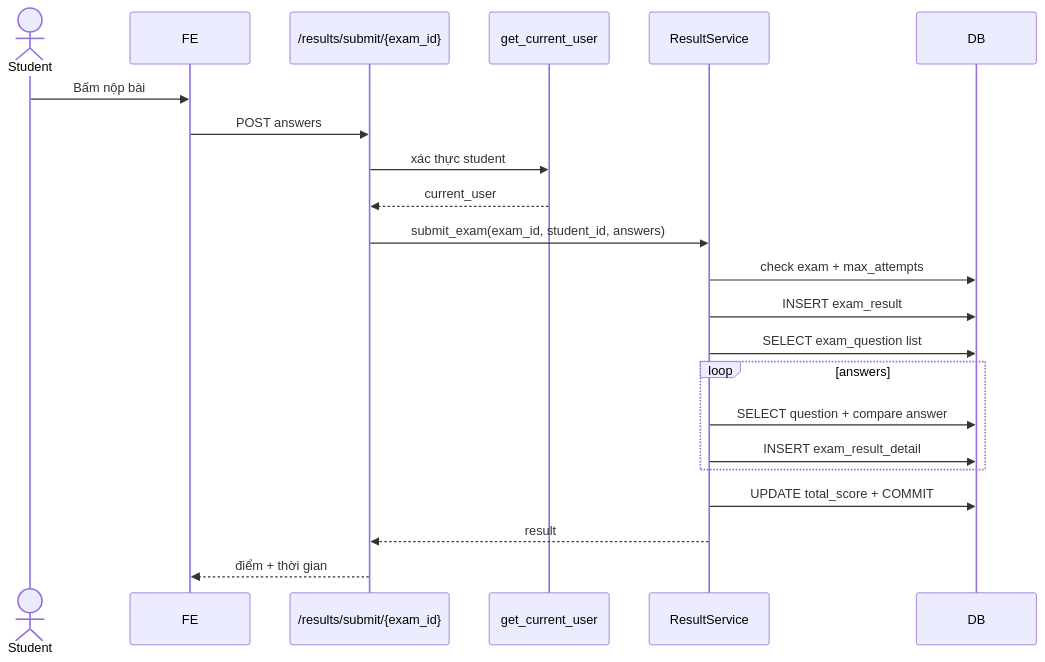
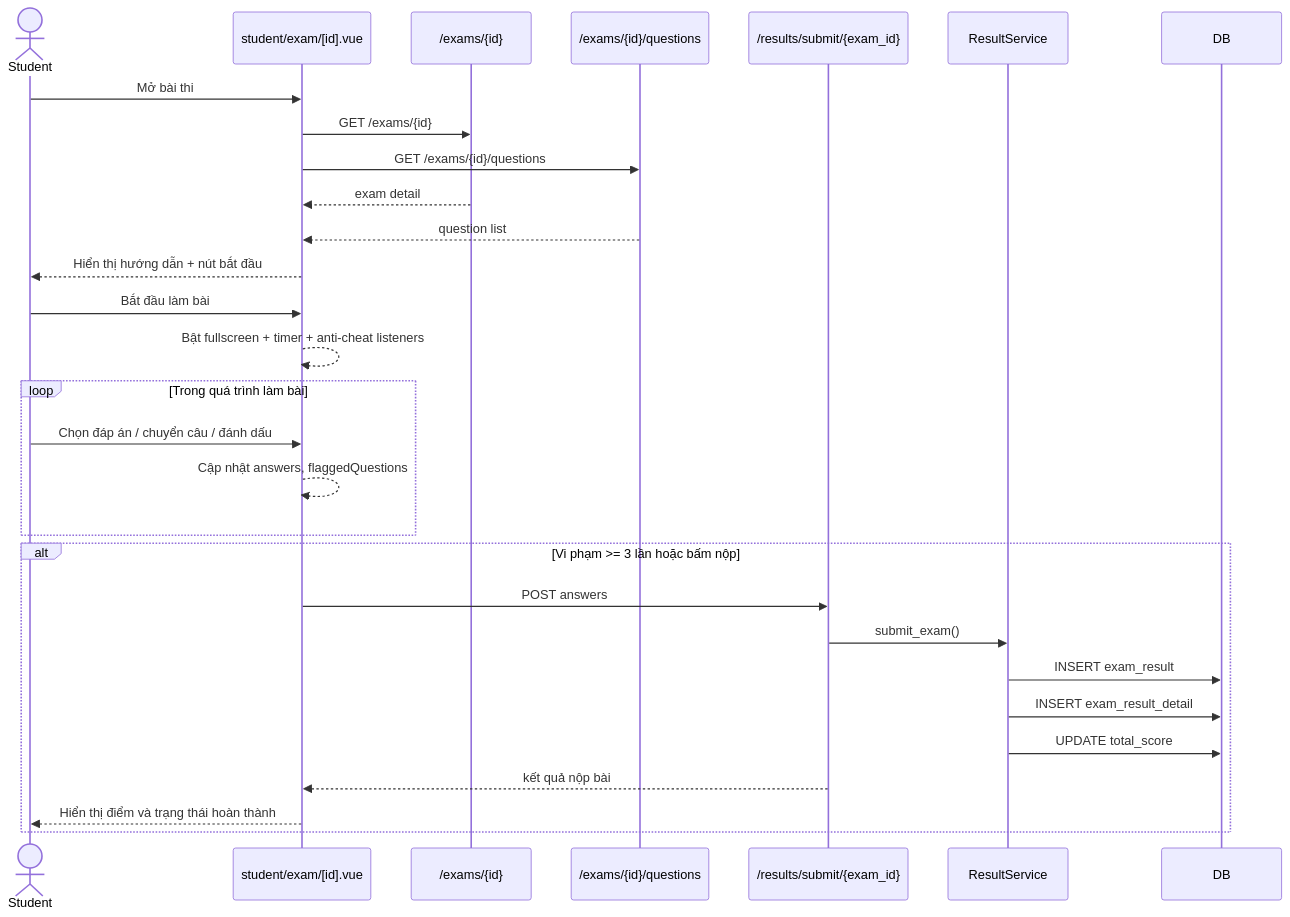
Before and after one commit to Tedomi2525/My_project: diagram 15 of 16 in docs/UML.md, drawn with Mermaid. The commit also changed other lines of this file, not shown here.

````diff
--- a/docs/UML.md
+++ b/docs/UML.md
@@ -490,25 +761,34 @@
 ```mermaid
 sequenceDiagram
 actor Student
-participant FE
+participant ExamPage as student/exam/[id].vue
+participant ExamAPI as /exams/{id}
+participant QuestionAPI as /exams/{id}/questions
 participant ResultAPI as /results/submit/{exam_id}
-participant Dep as get_current_user
 participant ResultService
 participant DB
 
-Student->>FE: Bấm nộp bài
-FE->>ResultAPI: POST answers
-ResultAPI->>Dep: xác thực student
-Dep-->>ResultAPI: current_user
-ResultAPI->>ResultService: submit_exam(exam_id, student_id, answers)
-ResultService->>DB: check exam + max_attempts
-ResultService->>DB: INSERT exam_result
-ResultService->>DB: SELECT exam_question list
-loop answers
-  ResultService->>DB: SELECT question + compare answer
+Student->>ExamPage: Mở bài thi
+ExamPage->>ExamAPI: GET /exams/{id}
+ExamPage->>QuestionAPI: GET /exams/{id}/questions
+ExamAPI-->>ExamPage: exam detail
+QuestionAPI-->>ExamPage: question list
+ExamPage-->>Student: Hiển thị hướng dẫn + nút bắt đầu
+
+Student->>ExamPage: Bắt đầu làm bài
+ExamPage-->>ExamPage: Bật fullscreen + timer + anti-cheat listeners
+loop Trong quá trình làm bài
+  Student->>ExamPage: Chọn đáp án / chuyển câu / đánh dấu
+  ExamPage-->>ExamPage: Cập nhật answers, flaggedQuestions
+end
+
+alt Vi phạm >= 3 lần hoặc bấm nộp
+  ExamPage->>ResultAPI: POST answers
+  ResultAPI->>ResultService: submit_exam()
+  ResultService->>DB: INSERT exam_result
   ResultService->>DB: INSERT exam_result_detail
+  ResultService->>DB: UPDATE total_score
+  ResultAPI-->>ExamPage: kết quả nộp bài
+  ExamPage-->>Student: Hiển thị điểm và trạng thái hoàn thành
 end
-ResultService->>DB: UPDATE total_score + COMMIT
-ResultService-->>ResultAPI: result
-ResultAPI-->>FE: điểm + thời gian
 ```
````
